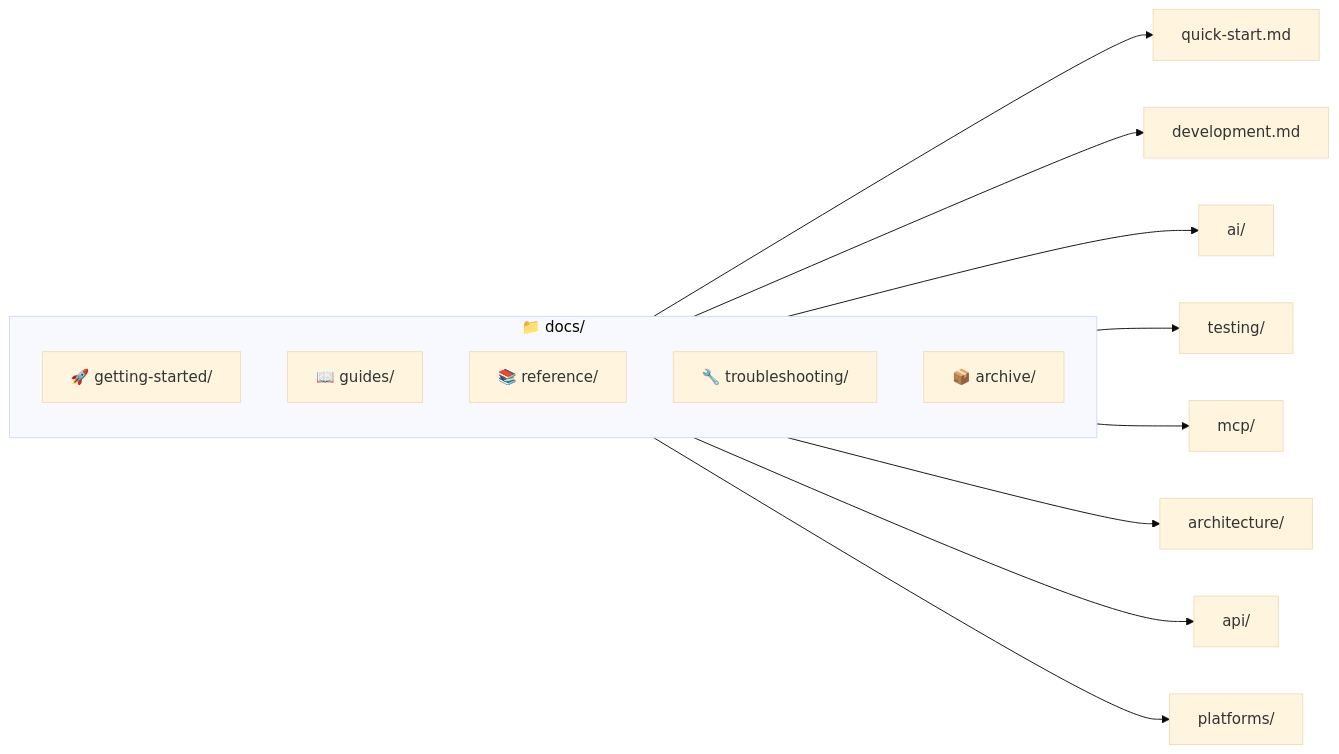
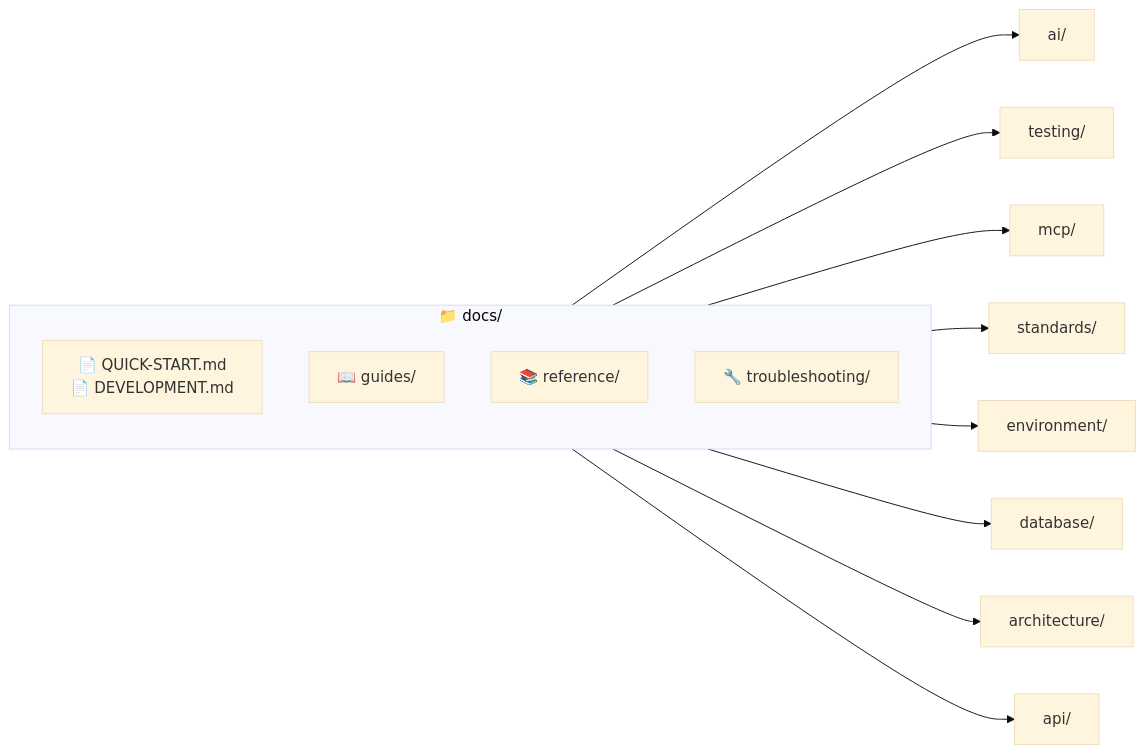
Before and after one commit to skyasu2/openmanager-vibe-v5: the diagram in docs/README.md, drawn with Mermaid (base theme). The commit also changed other lines of this file and 9 other files, not shown here.

````diff
--- a/docs/README.md
+++ b/docs/README.md
@@ -20,22 +21,20 @@
 ```mermaid
 flowchart LR
     subgraph docs["📁 docs/"]
         direction TB
-        GS["🚀 getting-started/"]
+        ROOT["📄 QUICK-START.md<br/>📄 DEVELOPMENT.md"]
         GU["📖 guides/"]
         RF["📚 reference/"]
         TS["🔧 troubleshooting/"]
-        AR["📦 archive/"]
     end
-
-    GS --> QS["quick-start.md"]
-    GS --> DV["development.md"]
 
     GU --> AI["ai/"]
     GU --> TEST["testing/"]
     GU --> MCP["mcp/"]
+    GU --> STD["standards/"]
+    GU --> ENV["environment/"]
+    GU --> DB["database/"]
 
     RF --> ARCH["architecture/"]
     RF --> API["api/"]
-    RF --> PLAT["platforms/"]
 ```
````
